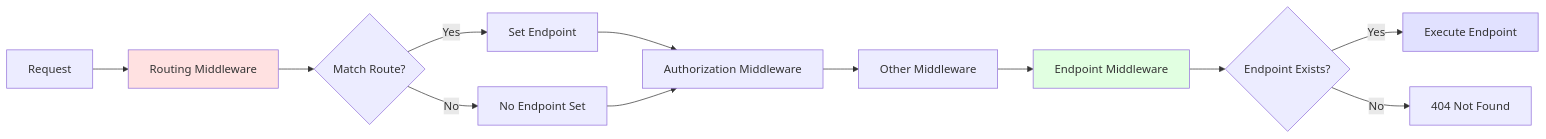
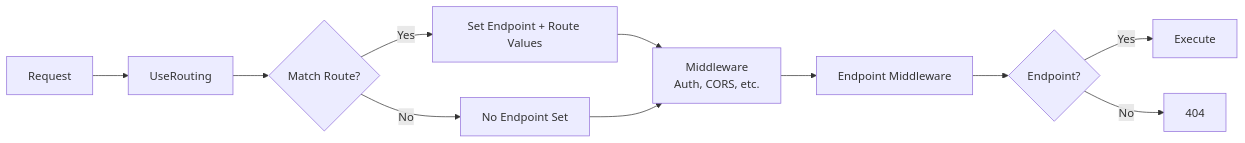
The first of 2 diagrams in docs/ASPNET-PIPELINE-PART4-ROUTING-ENDPOINTS.md (scottgal/mostlylucid.eufysecurity), drawn with Mermaid before and after one commit. The commit also changed other lines of this file and 3 other files, not shown here.

Commit message:
Rewrite blog post series in user's style with Mermaid diagrams and AI disclaimer

````diff
--- a/docs/ASPNET-PIPELINE-PART4-ROUTING-ENDPOINTS.md
+++ b/docs/ASPNET-PIPELINE-PART4-ROUTING-ENDPOINTS.md
@@ -49,18 +35,13 @@
 ```mermaid
 graph LR
-    A[Request] --> B[Routing Middleware]
+    A[Request] --> B[UseRouting]
     B --> C{Match Route?}
-    C -->|Yes| D[Set Endpoint]
+    C -->|Yes| D[Set Endpoint + Route Values]
     C -->|No| E[No Endpoint Set]
-    D --> F[Authorization Middleware]
+    D --> F[Middleware<br/>Auth, CORS, etc.]
     E --> F
-    F --> G[Other Middleware]
-    G --> H[Endpoint Middleware]
-    H --> I{Endpoint Exists?}
-    I -->|Yes| J[Execute Endpoint]
-    I -->|No| K[404 Not Found]
-
-    style B fill:#ffe1e1
-    style H fill:#e1ffe1
-    style J fill:#e1e1ff
+    F --> G[Endpoint Middleware]
+    G --> H{Endpoint?}
+    H -->|Yes| I[Execute]
+    H -->|No| J[404]
 ```
````
